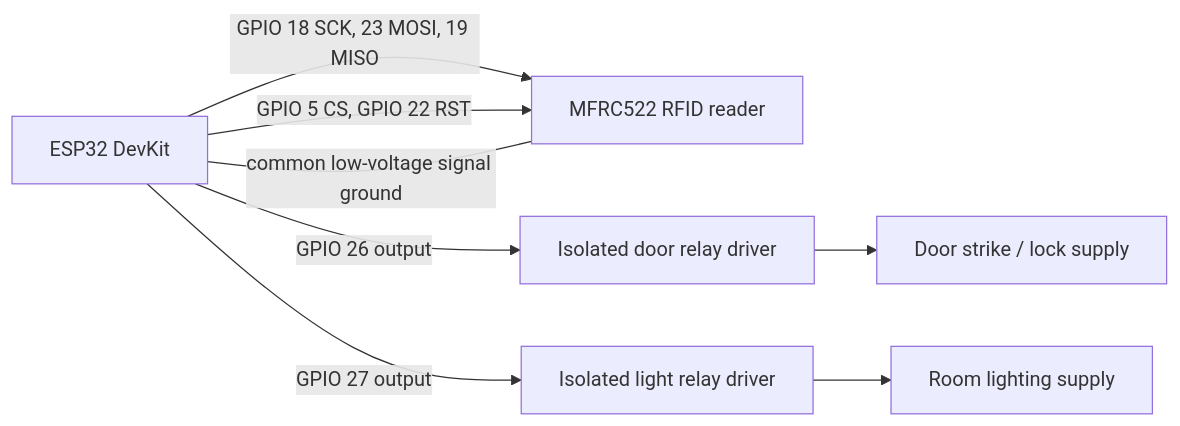
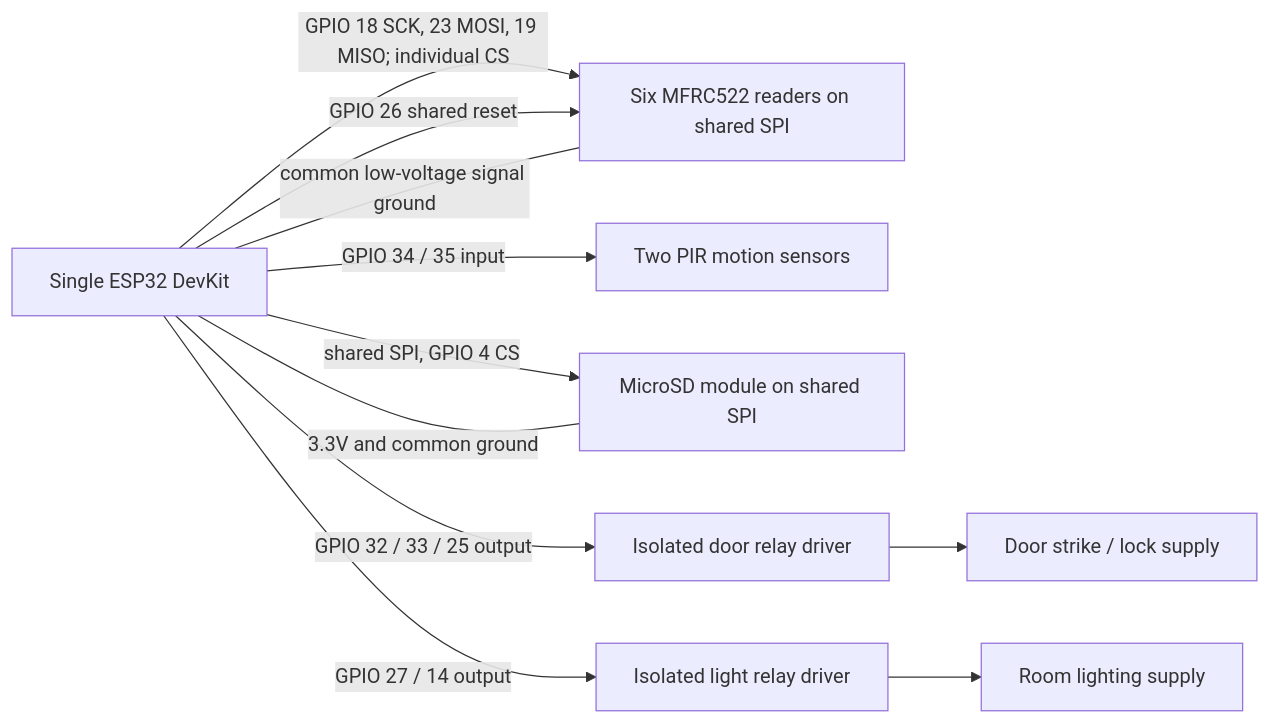
Before and after one commit to helen-liz/COCIS-SMART-SYSTEM: the second of 2 diagrams in docs/system-diagrams.md, drawn with Mermaid. The commit also changed other lines of this file and 11 other files, not shown here.

````diff
--- a/docs/system-diagrams.md
+++ b/docs/system-diagrams.md
@@ -71,16 +63,21 @@
 ```mermaid
 flowchart LR
-    ESP32[ESP32 DevKit]
-    RFID[MFRC522 RFID reader]
+    ESP32[Single ESP32 DevKit]
+    RFID[Six MFRC522 readers on shared SPI]
+    PIR[Two PIR motion sensors]
+    SD[MicroSD module on shared SPI]
     DOOR[Isolated door relay driver]
     LIGHT[Isolated light relay driver]
     STRIKE[Door strike / lock supply]
     LAMP[Room lighting supply]
-    ESP32 -->|GPIO 18 SCK, 23 MOSI, 19 MISO| RFID
-    ESP32 -->|GPIO 5 CS, GPIO 22 RST| RFID
-    ESP32 -->|GPIO 26 output| DOOR
+    ESP32 -->|GPIO 18 SCK, 23 MOSI, 19 MISO; individual CS| RFID
+    ESP32 -->|GPIO 26 shared reset| RFID
+    ESP32 -->|GPIO 34 / 35 input| PIR
+    ESP32 -->|shared SPI, GPIO 4 CS| SD
+    ESP32 -->|GPIO 32 / 33 / 25 output| DOOR
     DOOR --> STRIKE
-    ESP32 -->|GPIO 27 output| LIGHT
+    ESP32 -->|GPIO 27 / 14 output| LIGHT
     LIGHT --> LAMP
     ESP32 ---|common low-voltage signal ground| RFID
+    ESP32 ---|3.3V and common ground| SD
 ```
````
